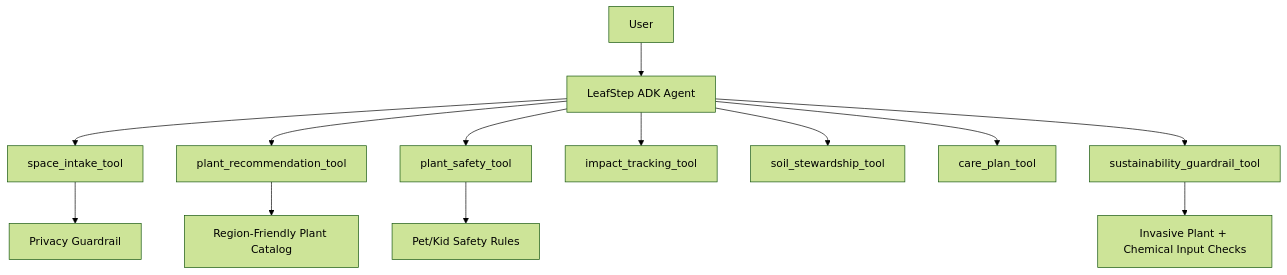
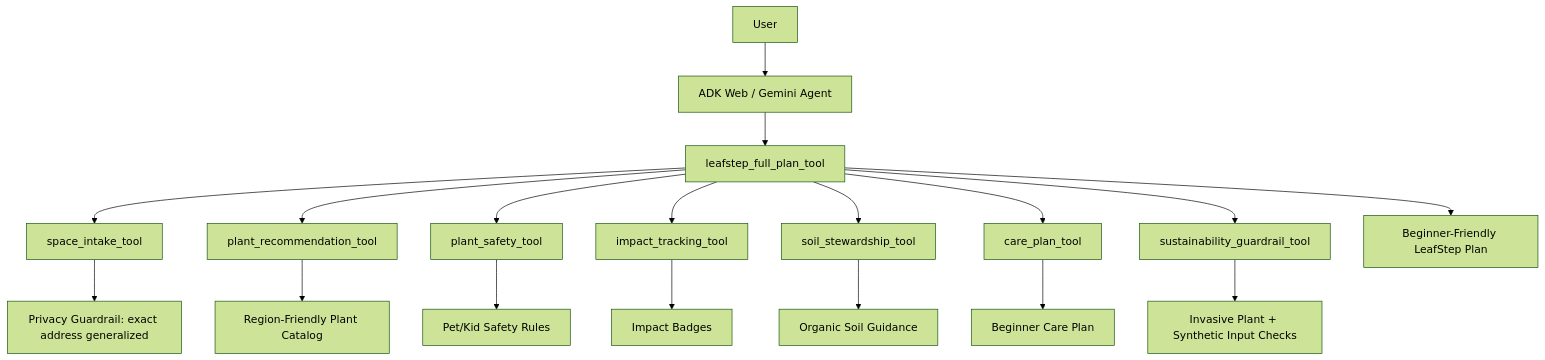
The diagram in README.md (apoorvadeoai/leafstep-agent), drawn with Mermaid (forest theme) before and after one commit. The commit also changed other lines of this file, not shown here.

Commit message:
Update README for ADK wrapper architecture

````diff
--- a/README.md
+++ b/README.md
@@ -62,17 +66,24 @@
 ```mermaid
 flowchart TD
-    User[User] --> Agent[LeafStep ADK Agent]
+    User[User] --> ADK[ADK Web / Gemini Agent]
 
-    Agent --> Intake[space_intake_tool]
-    Agent --> Recommend[plant_recommendation_tool]
-    Agent --> Safety[plant_safety_tool]
-    Agent --> Impact[impact_tracking_tool]
-    Agent --> Soil[soil_stewardship_tool]
-    Agent --> Care[care_plan_tool]
-    Agent --> Guardrail[sustainability_guardrail_tool]
+    ADK --> Wrapper[leafstep_full_plan_tool]
 
-    Intake --> Privacy[Privacy Guardrail]
+    Wrapper --> Intake[space_intake_tool]
+    Wrapper --> Recommend[plant_recommendation_tool]
+    Wrapper --> Safety[plant_safety_tool]
+    Wrapper --> Impact[impact_tracking_tool]
+    Wrapper --> Soil[soil_stewardship_tool]
+    Wrapper --> Care[care_plan_tool]
+    Wrapper --> Guardrail[sustainability_guardrail_tool]
+
+    Intake --> Privacy[Privacy Guardrail: exact address generalized]
     Recommend --> Plants[Region-Friendly Plant Catalog]
     Safety --> Household[Pet/Kid Safety Rules]
-    Guardrail --> Eco[Invasive Plant + Chemical Input Checks]
+    Impact --> Badges[Impact Badges]
+    Soil --> SoilPlan[Organic Soil Guidance]
+    Care --> CareSteps[Beginner Care Plan]
+    Guardrail --> Eco[Invasive Plant + Synthetic Input Checks]
+
+    Wrapper --> Final[Beginner-Friendly LeafStep Plan]
 ```
````
